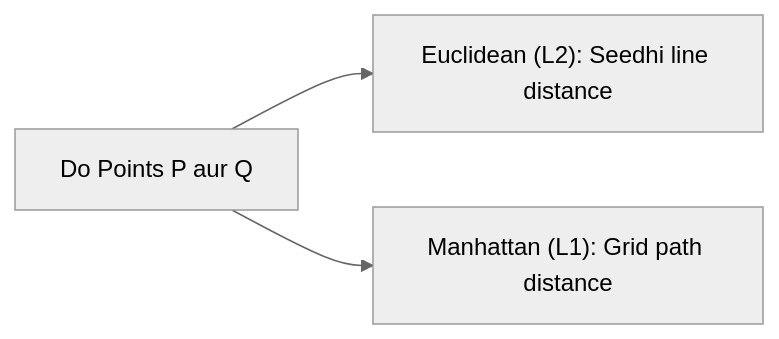
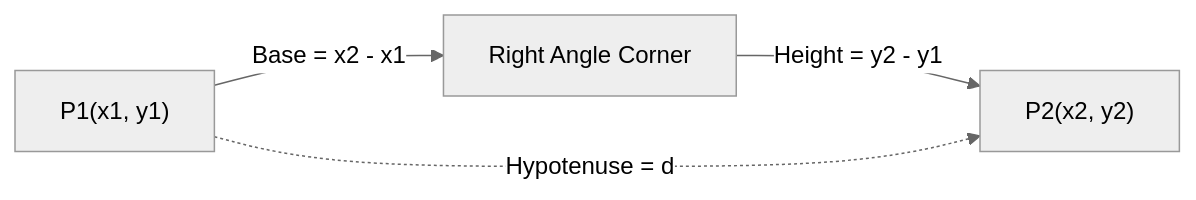
Before and after one commit to S1h2i3v4a/AI_ML: the diagram in lecture_21/Notes_21.03/README_HINGLISH.md, drawn with Mermaid (neutral theme). The commit also changed other lines of this file and 203 other files, not shown here.

Commit message:
docs(lectures 19-21): align notes with video lectures, add blackboard diagrams, clean structured functions, and compile vector PDFs

````diff
--- a/lecture_21/Notes_21.03/README_HINGLISH.md
+++ b/lecture_21/Notes_21.03/README_HINGLISH.md
@@ -15,5 +50,6 @@
 ```mermaid
 flowchart LR
-    A["Do Points P aur Q"] --> B["Euclidean (L2): Seedhi line distance"]
-    A --> C["Manhattan (L1): Grid path distance"]
+    A["P1(x1, y1)"] -->|Base = x2 - x1| C["Right Angle Corner"]
+    C -->|Height = y2 - y1| B["P2(x2, y2)"]
+    A -.->|Hypotenuse = d| B
 ```
````
